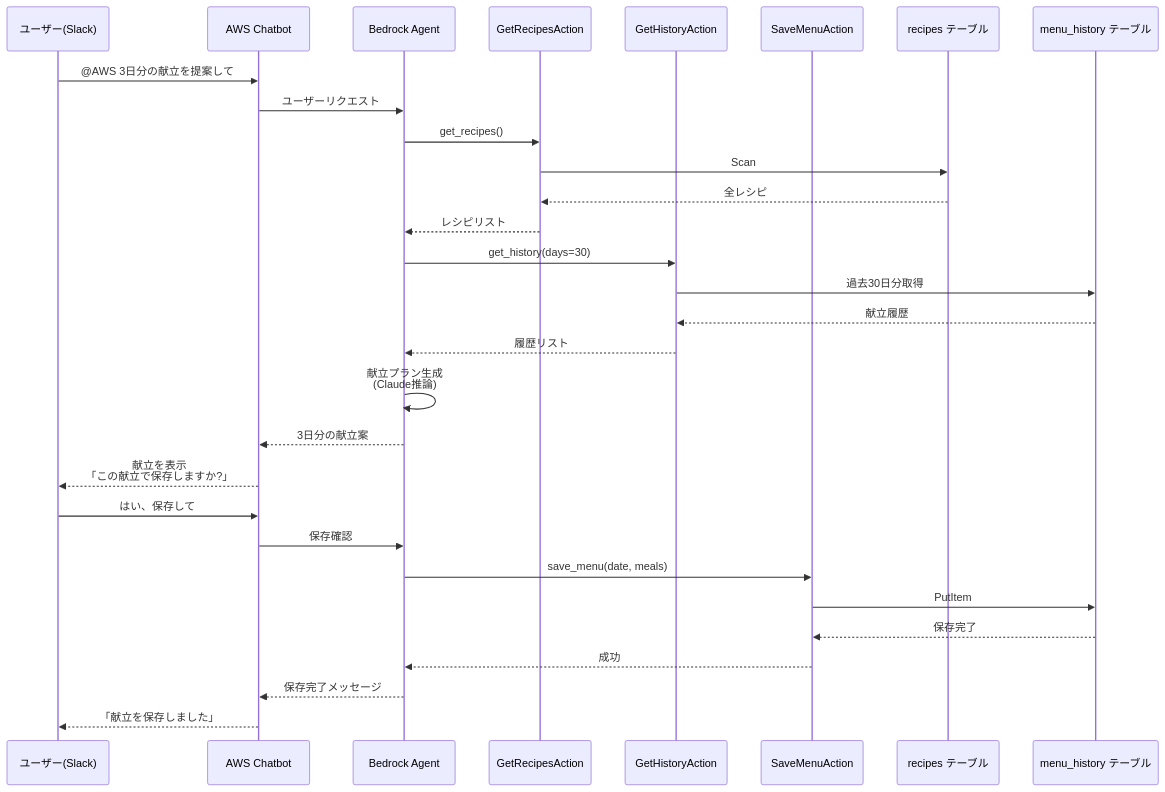
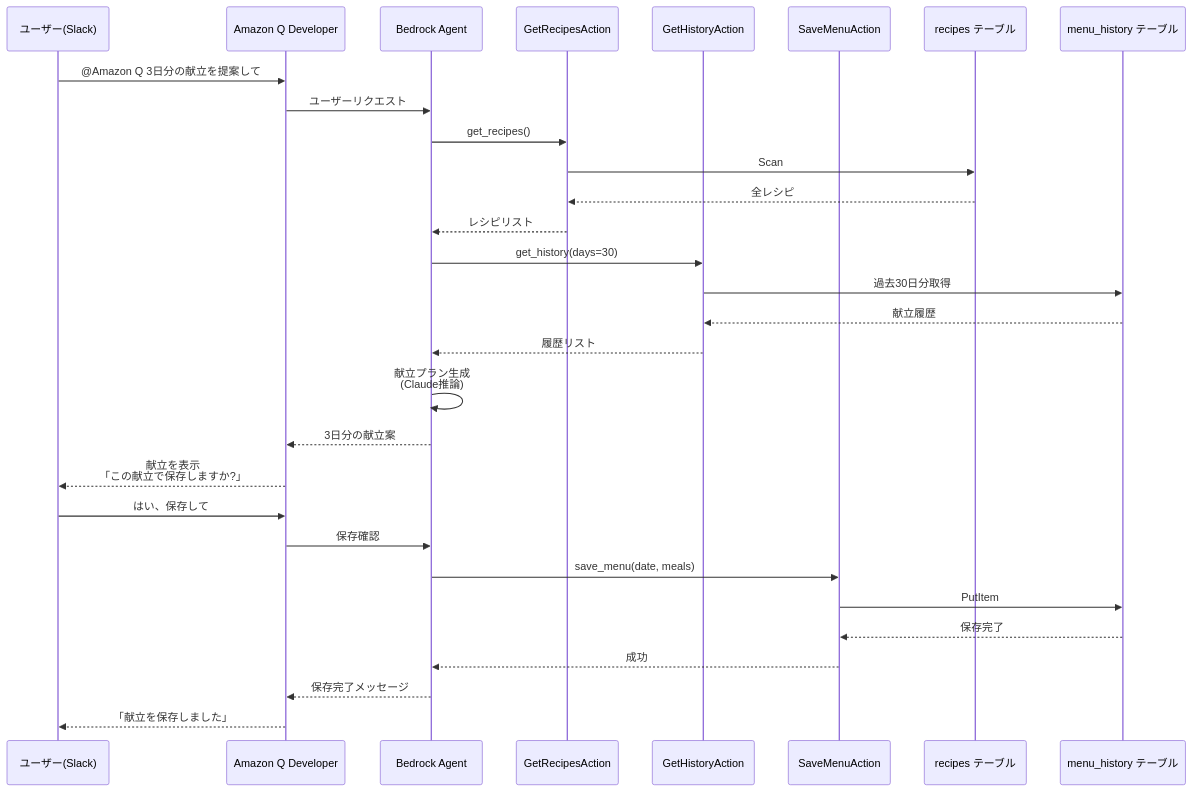
The second of 2 diagrams in README.md (takuya29/kondate-planner), drawn with Mermaid before and after one commit. The commit also changed other lines of this file, not shown here.

````diff
--- a/README.md
+++ b/README.md
@@ -65,39 +59,39 @@
 ```mermaid
 sequenceDiagram
     participant User as ユーザー(Slack)
-    participant Chatbot as AWS Chatbot
+    participant Chatbot as Amazon Q Developer
     participant Agent as Bedrock Agent
     participant GetRecipes as GetRecipesAction
     participant GetHistory as GetHistoryAction
     participant SaveMenu as SaveMenuAction
     participant RecipesDB as recipes テーブル
     participant HistoryDB as menu_history テーブル
 
-    User->>Chatbot: @AWS 3日分の献立を提案して
+    User->>Chatbot: @Amazon Q 3日分の献立を提案して
     Chatbot->>Agent: ユーザーリクエスト
 
     Agent->>GetRecipes: get_recipes()
     GetRecipes->>RecipesDB: Scan
     RecipesDB-->>GetRecipes: 全レシピ
     GetRecipes-->>Agent: レシピリスト
 
     Agent->>GetHistory: get_history(days=30)
     GetHistory->>HistoryDB: 過去30日分取得
     HistoryDB-->>GetHistory: 献立履歴
     GetHistory-->>Agent: 履歴リスト
 
     Agent->>Agent: 献立プラン生成<br/>(Claude推論)
     Agent-->>Chatbot: 3日分の献立案
     Chatbot-->>User: 献立を表示<br/>「この献立で保存しますか?」
 
     User->>Chatbot: はい、保存して
     Chatbot->>Agent: 保存確認
 
     Agent->>SaveMenu: save_menu(date, meals)
     SaveMenu->>HistoryDB: PutItem
     HistoryDB-->>SaveMenu: 保存完了
     SaveMenu-->>Agent: 成功
 
     Agent-->>Chatbot: 保存完了メッセージ
     Chatbot-->>User: 「献立を保存しました」
 ```
````
